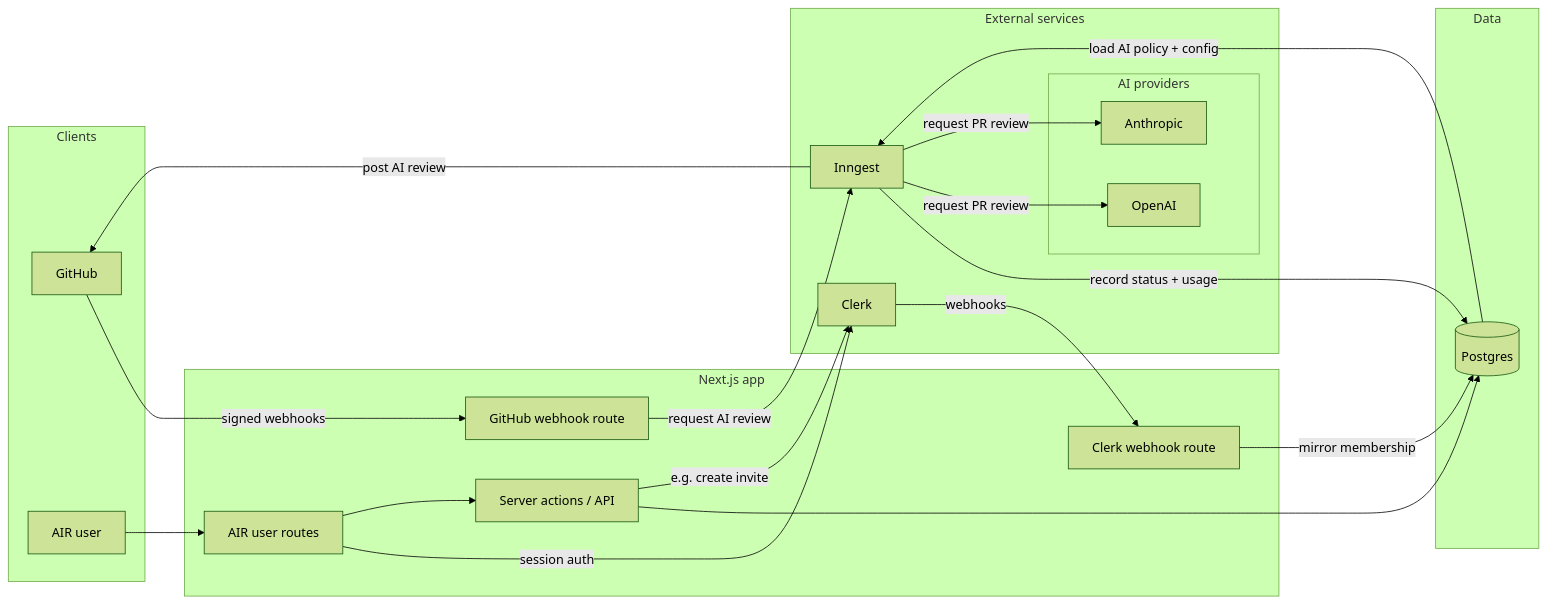
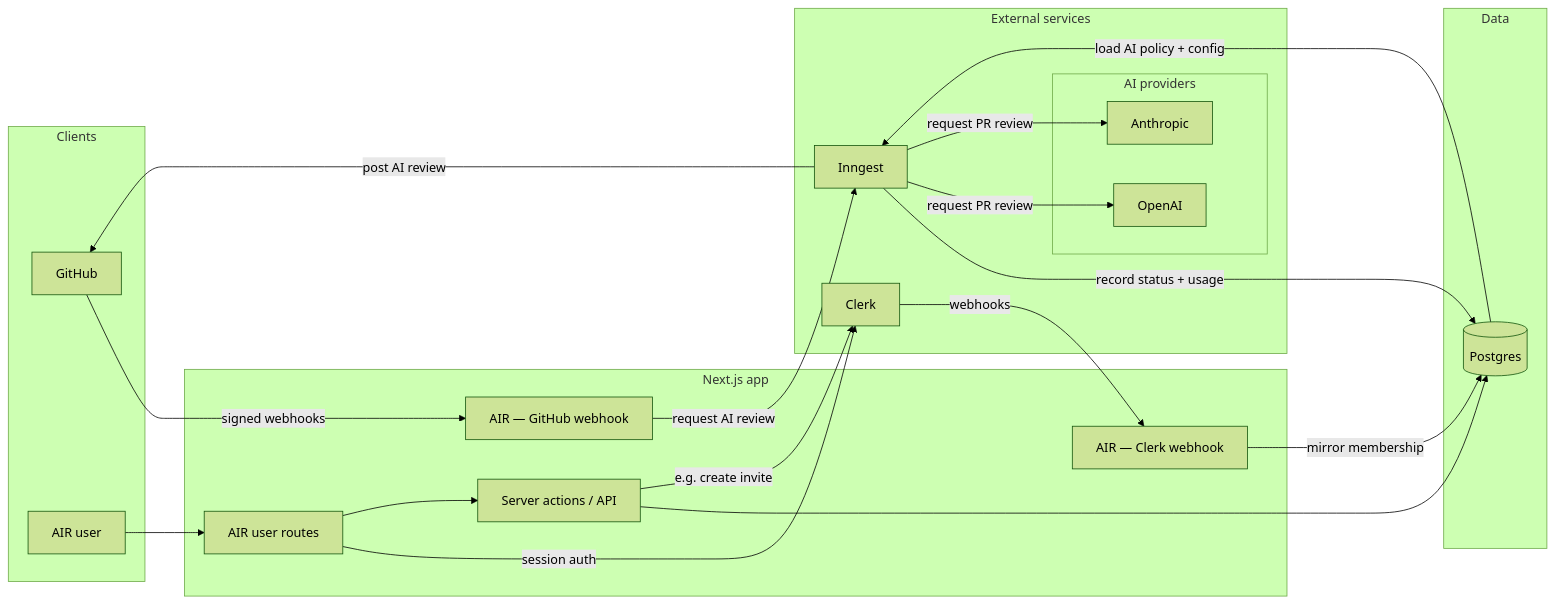
The first of 3 diagrams in docs/system-architecture.md (kworam-self/AIR), drawn with Mermaid (forest theme) before and after one commit. The commit also changed other lines of this file and 1 other file, not shown here.

First line of the commit message:
docs: expand system architecture and roadmap alignment

````diff
--- a/docs/system-architecture.md
+++ b/docs/system-architecture.md
@@ -9,44 +9,44 @@
 ```mermaid
 flowchart LR
   subgraph clients [Clients]
     GH[GitHub]
     AirUser[AIR user]
   end
 
   subgraph next [Next.js app]
     AIRRoutes[AIR user routes]
-    WH[GitHub webhook route]
-    CW[Clerk webhook route]
+    WH["AIR — GitHub webhook"]
+    CW["AIR — Clerk webhook"]
     API[Server actions / API]
   end
 
   subgraph services [External services]
     Clerk[Clerk]
     Inngest[Inngest]
     subgraph ai [AI providers]
       OAI[OpenAI]
       ANT[Anthropic]
     end
   end
 
   subgraph data [Data]
     DB[(Postgres)]
   end
 
   AirUser --> AIRRoutes
   AIRRoutes -->|session auth| Clerk
   AIRRoutes --> API
   API --> DB
   API -->|e.g. create invite| Clerk
 
   GH -->|signed webhooks| WH
   WH -->|request AI review| Inngest
   Inngest -->|record status + usage| DB
   DB -->|load AI policy + config| Inngest
   Inngest -->|request PR review| OAI
   Inngest -->|request PR review| ANT
   Inngest -->|post AI review| GH
 
   Clerk -->|webhooks| CW
   CW -->|mirror membership| DB
 ```
````
